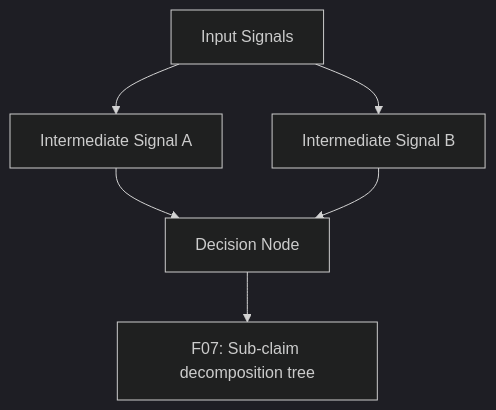
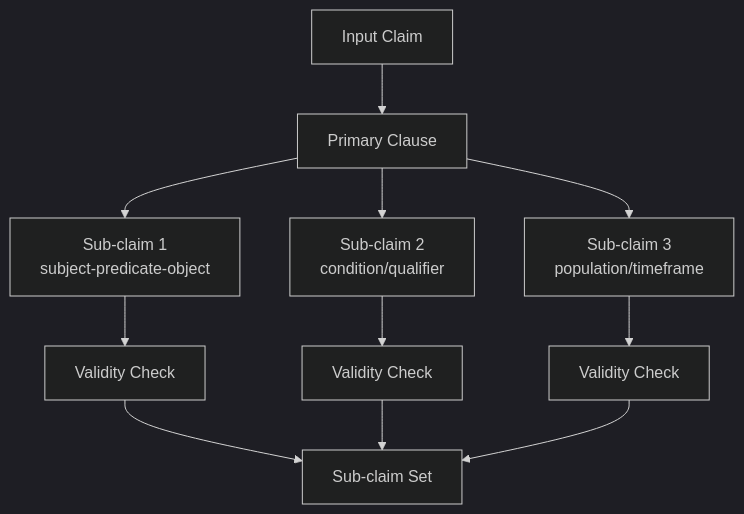
One commit to Luxia-AI/docs changed the second of 5 diagrams in methodology/figures/02-intake-and-claim-understanding-pack.md. Above: the diagram before and after it, drawn with Mermaid (dark theme). The commit also changed other lines of this file and 9 other files, not shown here.

First line of the commit message:
Refactor methodology figures with updated Mermaid diagrams and enhanced clarity across multiple packs. Key changes include:

````diff
--- a/methodology/figures/02-intake-and-claim-understanding-pack.md
+++ b/methodology/figures/02-intake-and-claim-understanding-pack.md
@@ -46,8 +49,16 @@
 ```mermaid
-graph TD
-    A[Input Signals] --> B[Intermediate Signal A]
-    A --> C[Intermediate Signal B]
-    B --> D[Decision Node]
-    C --> D
-    D --> E[F07: Sub-claim decomposition tree]
+flowchart TD
+  C[Input Claim] --> S0[Primary Clause]
+  S0 --> S1[Sub-claim 1
+subject-predicate-object]
+  S0 --> S2[Sub-claim 2
+condition/qualifier]
+  S0 --> S3[Sub-claim 3
+population/timeframe]
+  S1 --> V1[Validity Check]
+  S2 --> V2[Validity Check]
+  S3 --> V3[Validity Check]
+  V1 --> M[Sub-claim Set]
+  V2 --> M
+  V3 --> M
 ```
````
